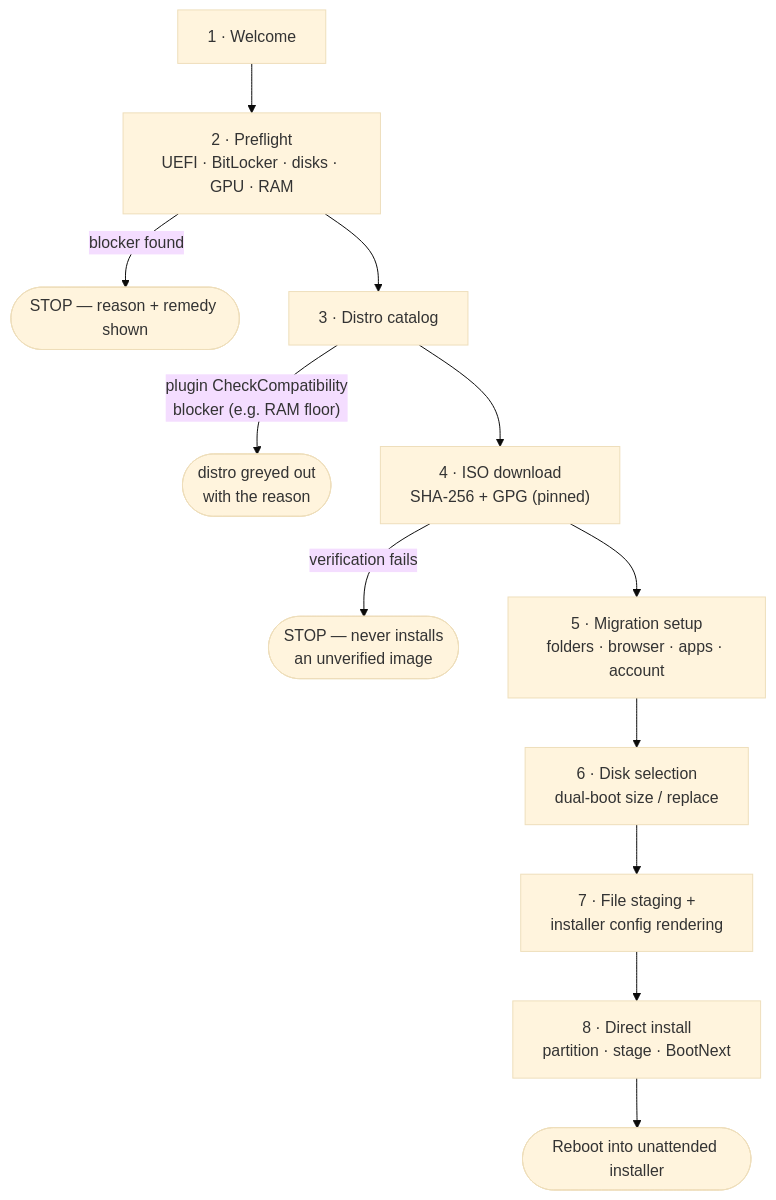
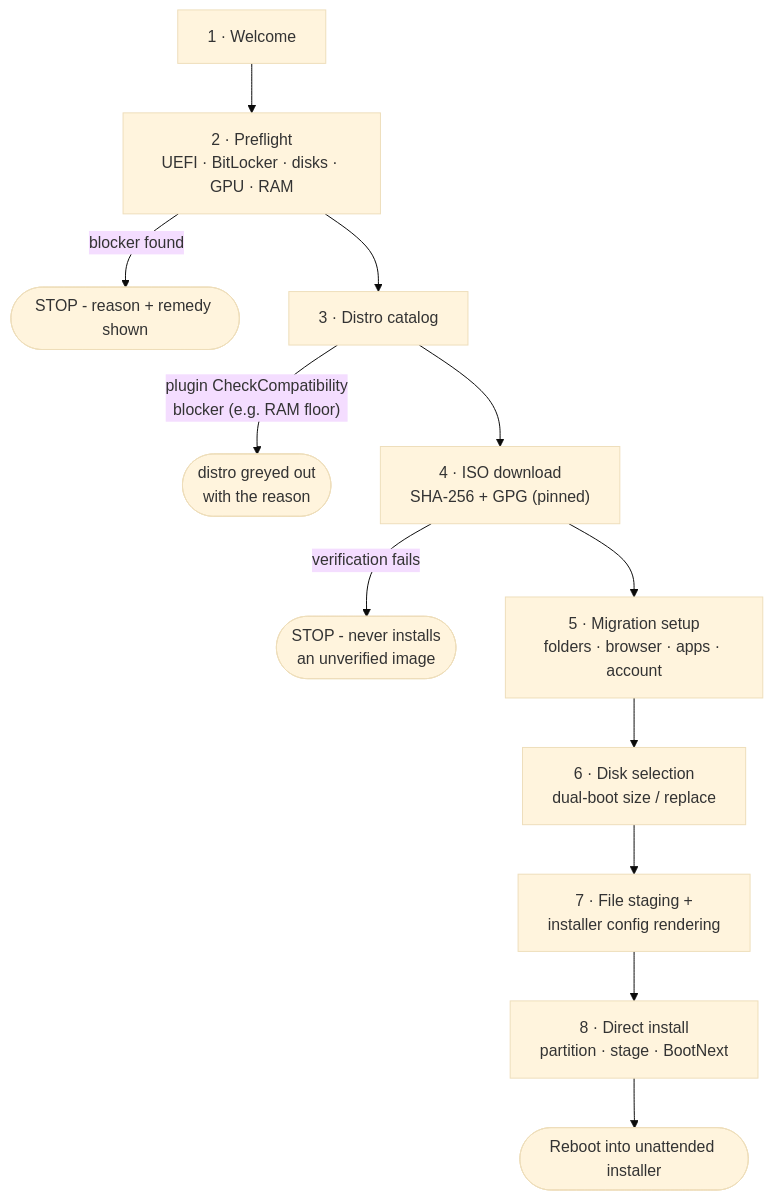
Before and after one commit to gillesduif/iGloo: the third of 6 diagrams in docs/architecture.md, drawn with Mermaid (base theme). The commit also changed other lines of this file and 25 other files, not shown here.

Commit message:
docs: align documentation with 0.1-alpha validation state, expand roadmap, add WAN Show mention

````diff
--- a/docs/architecture.md
+++ b/docs/architecture.md
@@ -87,14 +87,14 @@
 ```mermaid
 flowchart TD
     A["1 · Welcome"] --> B["2 · Preflight<br>UEFI · BitLocker · disks · GPU · RAM"]
-    B -->|"blocker found"| BX(["STOP — reason + remedy shown"])
+    B -->|"blocker found"| BX(["STOP - reason + remedy shown"])
     B --> C["3 · Distro catalog"]
     C -->|"plugin CheckCompatibility<br>blocker (e.g. RAM floor)"| CX(["distro greyed out<br>with the reason"])
     C --> D["4 · ISO download<br>SHA-256 + GPG (pinned)"]
-    D -->|"verification fails"| DX(["STOP — never installs<br>an unverified image"])
+    D -->|"verification fails"| DX(["STOP - never installs<br>an unverified image"])
     D --> E["5 · Migration setup<br>folders · browser · apps · account"]
     E --> F["6 · Disk selection<br>dual-boot size / replace"]
     F --> G["7 · File staging +<br>installer config rendering"]
     G --> H["8 · Direct install<br>partition · stage · BootNext"]
     H --> I(["Reboot into unattended installer"])
 ```
````
